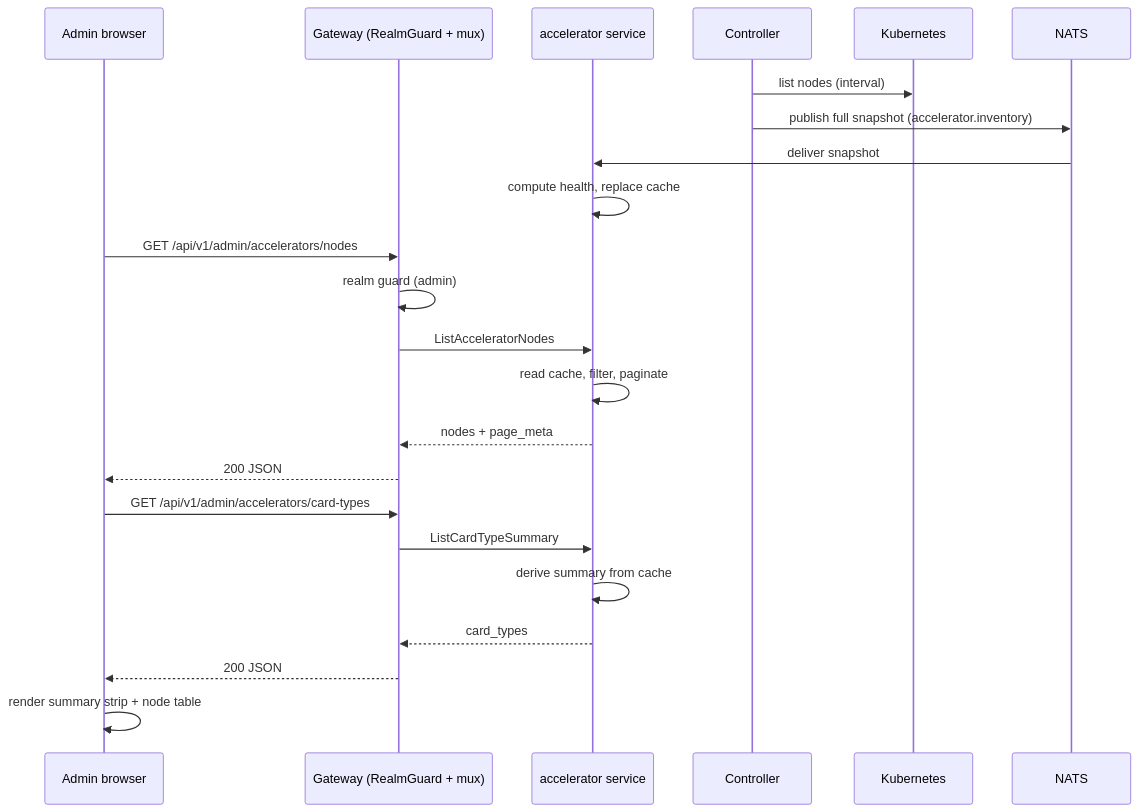
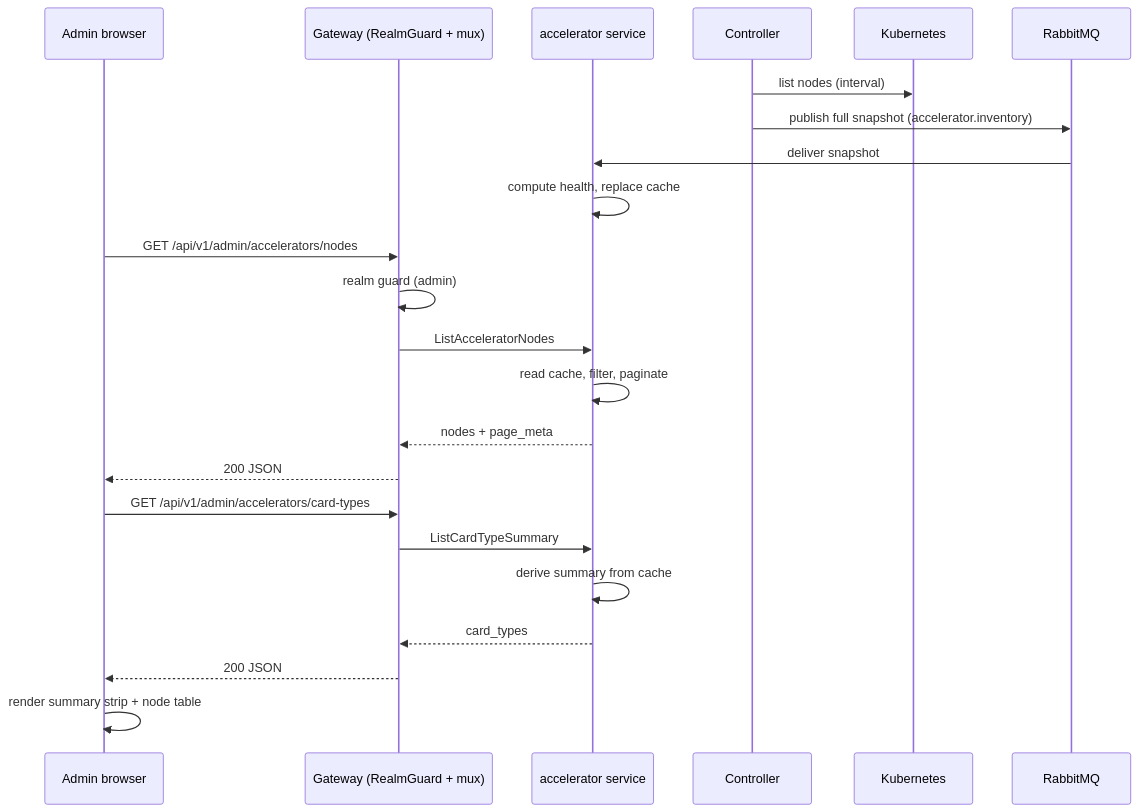
Before and after one commit to go-taas/go-taas: the second of 4 diagrams in site/docs/architecture/accelerator-inventory.md, drawn with Mermaid. The commit also changed other lines of this file and 35 other files, not shown here.

First line of the commit message:
docs: replace NATS with RabbitMQ across docs

````diff
--- a/site/docs/architecture/accelerator-inventory.md
+++ b/site/docs/architecture/accelerator-inventory.md
@@ -437,26 +437,26 @@
 ```mermaid
 sequenceDiagram
     participant B as Admin browser
     participant G as Gateway (RealmGuard + mux)
     participant A as accelerator service
     participant C as Controller
     participant K as Kubernetes
-    participant M as NATS
+    participant M as RabbitMQ
 
     C->>K: list nodes (interval)
     C->>M: publish full snapshot (accelerator.inventory)
     M->>A: deliver snapshot
     A->>A: compute health, replace cache
     B->>G: GET /api/v1/admin/accelerators/nodes
     G->>G: realm guard (admin)
     G->>A: ListAcceleratorNodes
     A->>A: read cache, filter, paginate
     A-->>G: nodes + page_meta
     G-->>B: 200 JSON
     B->>G: GET /api/v1/admin/accelerators/card-types
     G->>A: ListCardTypeSummary
     A->>A: derive summary from cache
     A-->>G: card_types
     G-->>B: 200 JSON
     B->>B: render summary strip + node table
 ```
````
